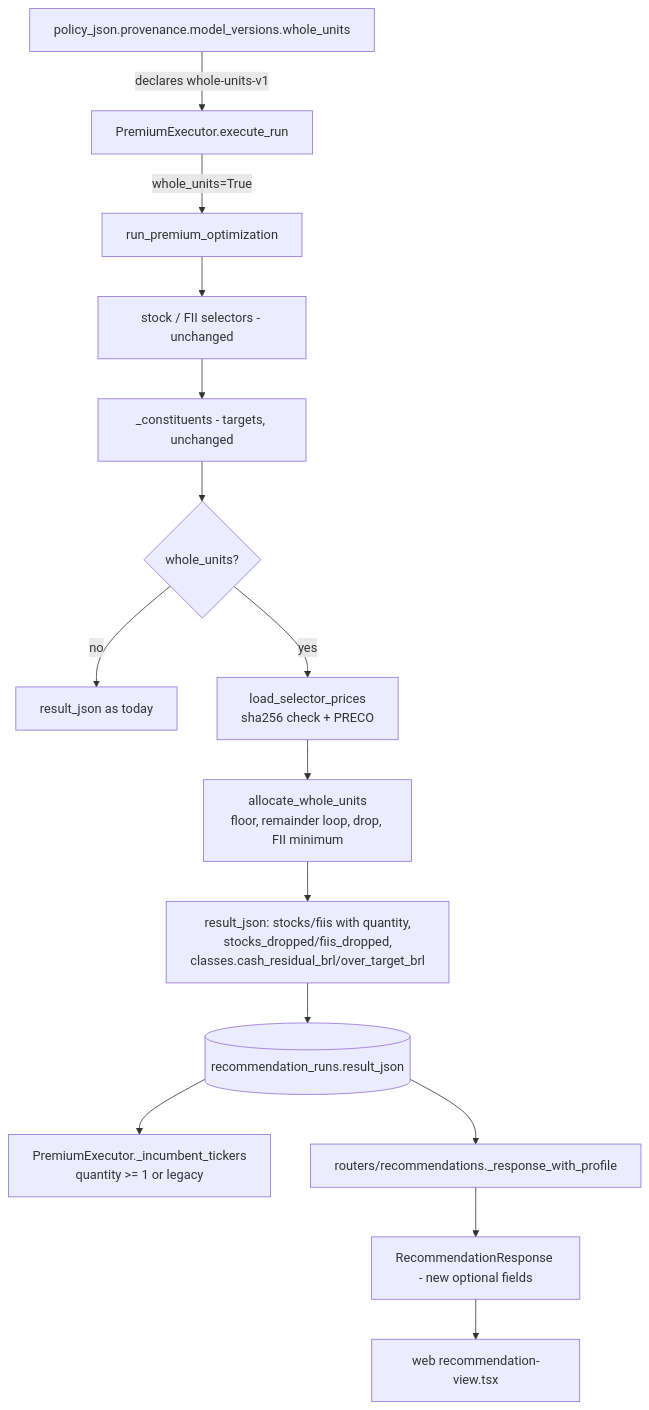
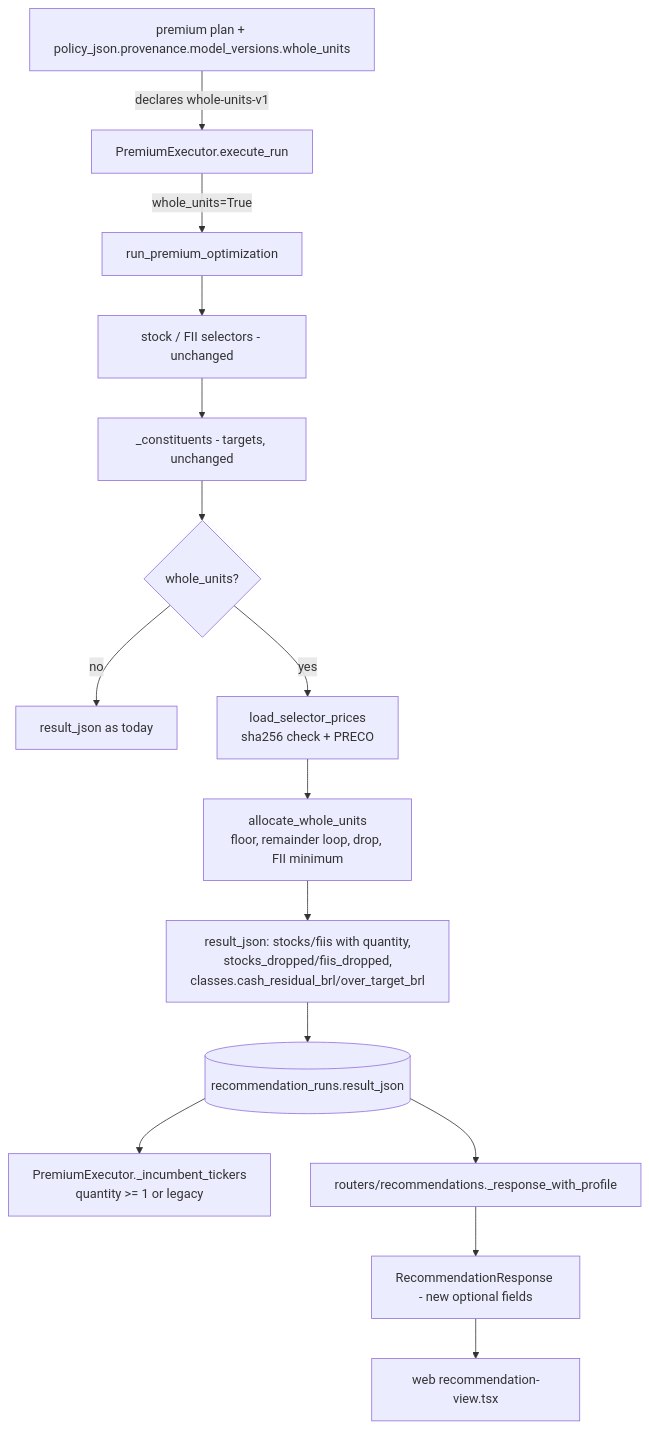
The diagram in .specs/features/premium-whole-units/design.md (caiomugarte/TCC), drawn with Mermaid before and after one commit. The commit also changed other lines of this file and 5 other files, not shown here.

First line of the commit message:
feat(api): run Premium whole units when the policy declares them (#57)

````diff
--- a/.specs/features/premium-whole-units/design.md
+++ b/.specs/features/premium-whole-units/design.md
@@ -12,17 +12,17 @@
 ```mermaid
 graph TD
-    P[policy_json.provenance.model_versions.whole_units] -->|declares whole-units-v1| X[PremiumExecutor.execute_run]
+    P[premium plan + policy_json.provenance.model_versions.whole_units] -->|declares whole-units-v1| X[PremiumExecutor.execute_run]
     X -->|whole_units=True| A[run_premium_optimization]
     A --> S[stock / FII selectors - unchanged]
     S --> C[_constituents - targets, unchanged]
     C --> W{whole_units?}
     W -->|no| R0[result_json as today]
     W -->|yes| L[load_selector_prices<br/>sha256 check + PRECO]
     L --> U[allocate_whole_units<br/>floor, remainder loop, drop, FII minimum]
     U --> R1[result_json: stocks/fiis with quantity,<br/>stocks_dropped/fiis_dropped,<br/>classes.cash_residual_brl/over_target_brl]
     R1 --> DB[(recommendation_runs.result_json)]
     DB --> I[PremiumExecutor._incumbent_tickers<br/>quantity >= 1 or legacy]
     DB --> API[routers/recommendations._response_with_profile]
     API --> SCH[RecommendationResponse - new optional fields]
     SCH --> WEB[web recommendation-view.tsx]
 ```
````
